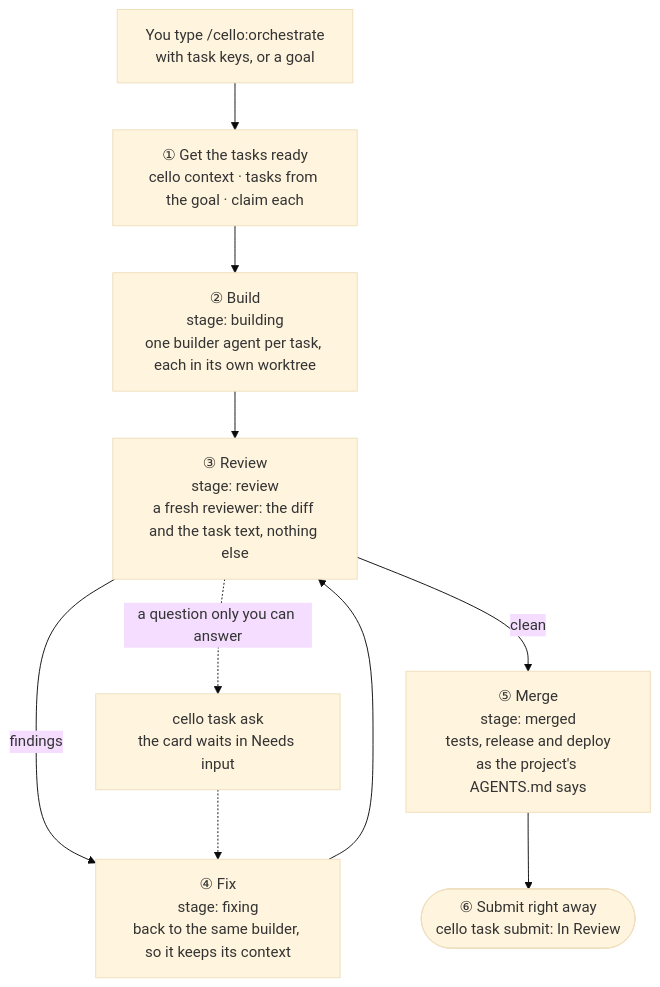
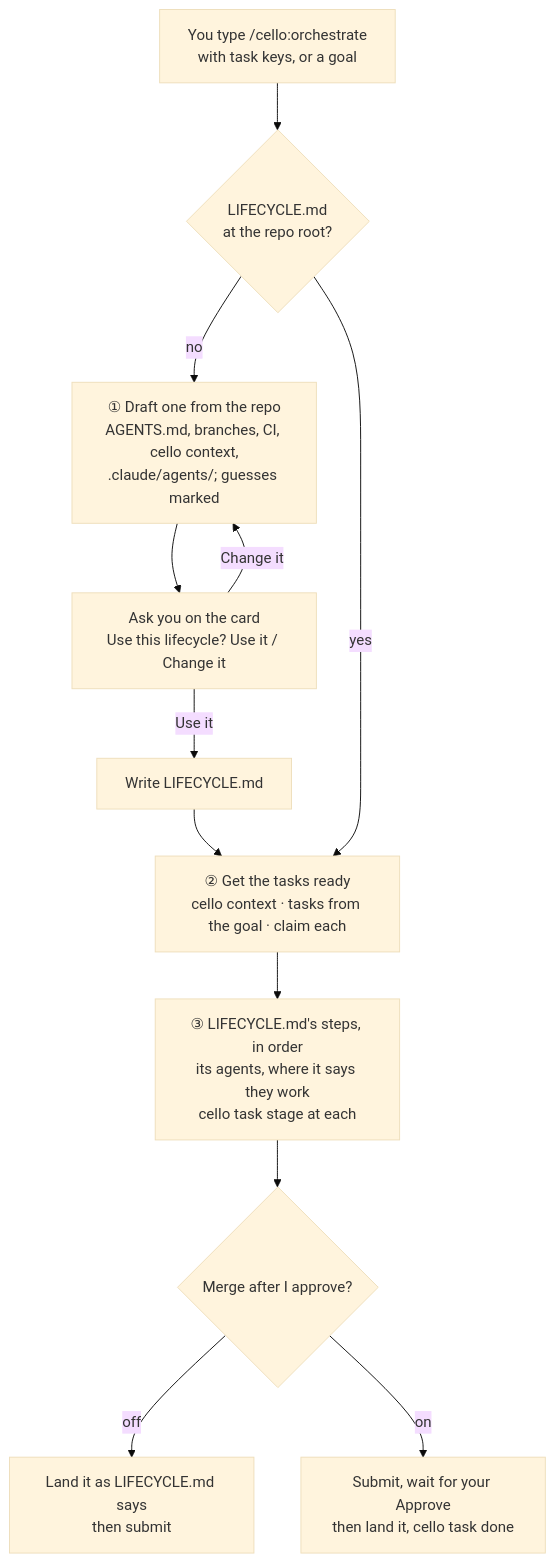
The first of 3 diagrams in docs/claude-plugin.md (lnmunhoz/cello), drawn with Mermaid (base theme) before and after one commit. The commit also changed other lines of this file and 22 other files, not shown here.

First line of the commit message:
feat(plugin): /cello:orchestrate follows the project's LIFECYCLE.md, and drafts one with the human when it's missing (CEL-168)

````diff
--- a/docs/claude-plugin.md
+++ b/docs/claude-plugin.md
@@ -24,12 +40,14 @@
 ```mermaid
 flowchart TD
-    A["You type /cello:orchestrate<br/>with task keys, or a goal"] --> B["① Get the tasks ready<br/>cello context · tasks from the goal · claim each"]
-    B --> C["② Build<br/>stage: building<br/>one builder agent per task, each in its own worktree"]
-    C --> D["③ Review<br/>stage: review<br/>a fresh reviewer: the diff and the task text, nothing else"]
-    D -->|findings| E["④ Fix<br/>stage: fixing<br/>back to the same builder, so it keeps its context"]
-    E --> D
-    D -->|clean| F["⑤ Merge<br/>stage: merged<br/>tests, release and deploy<br/>as the project's AGENTS.md says"]
-    F --> G(["⑥ Submit right away<br/>cello task submit: In Review"])
-    D -.->|"a question only you can answer"| Q["cello task ask<br/>the card waits in Needs input"]
-    Q -.-> E
+    A["You type /cello:orchestrate<br/>with task keys, or a goal"] --> B{"LIFECYCLE.md<br/>at the repo root?"}
+    B -->|no| D["① Draft one from the repo<br/>AGENTS.md, branches, CI, cello context,<br/>.claude/agents/; guesses marked"]
+    D --> Q["Ask you on the card<br/>Use this lifecycle? Use it / Change it"]
+    Q -->|Change it| D
+    Q -->|Use it| W["Write LIFECYCLE.md"]
+    W --> C
+    B -->|yes| C["② Get the tasks ready<br/>cello context · tasks from the goal · claim each"]
+    C --> S["③ LIFECYCLE.md's steps, in order<br/>its agents, where it says they work<br/>cello task stage at each"]
+    S --> M{"Merge after I approve?"}
+    M -->|off| L1["Land it as LIFECYCLE.md says<br/>then submit"]
+    M -->|on| L2["Submit, wait for your Approve<br/>then land it, cello task done"]
 ```
````
